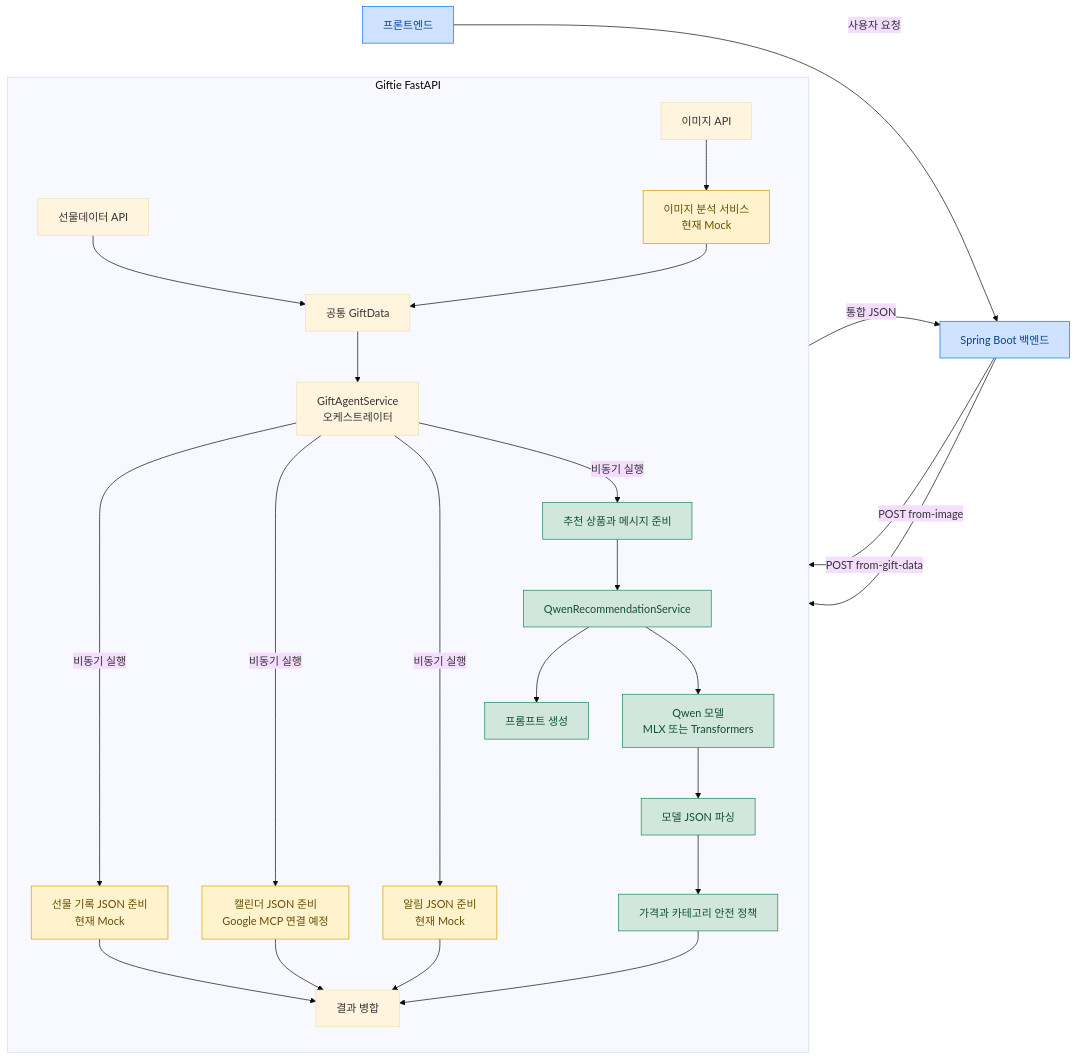
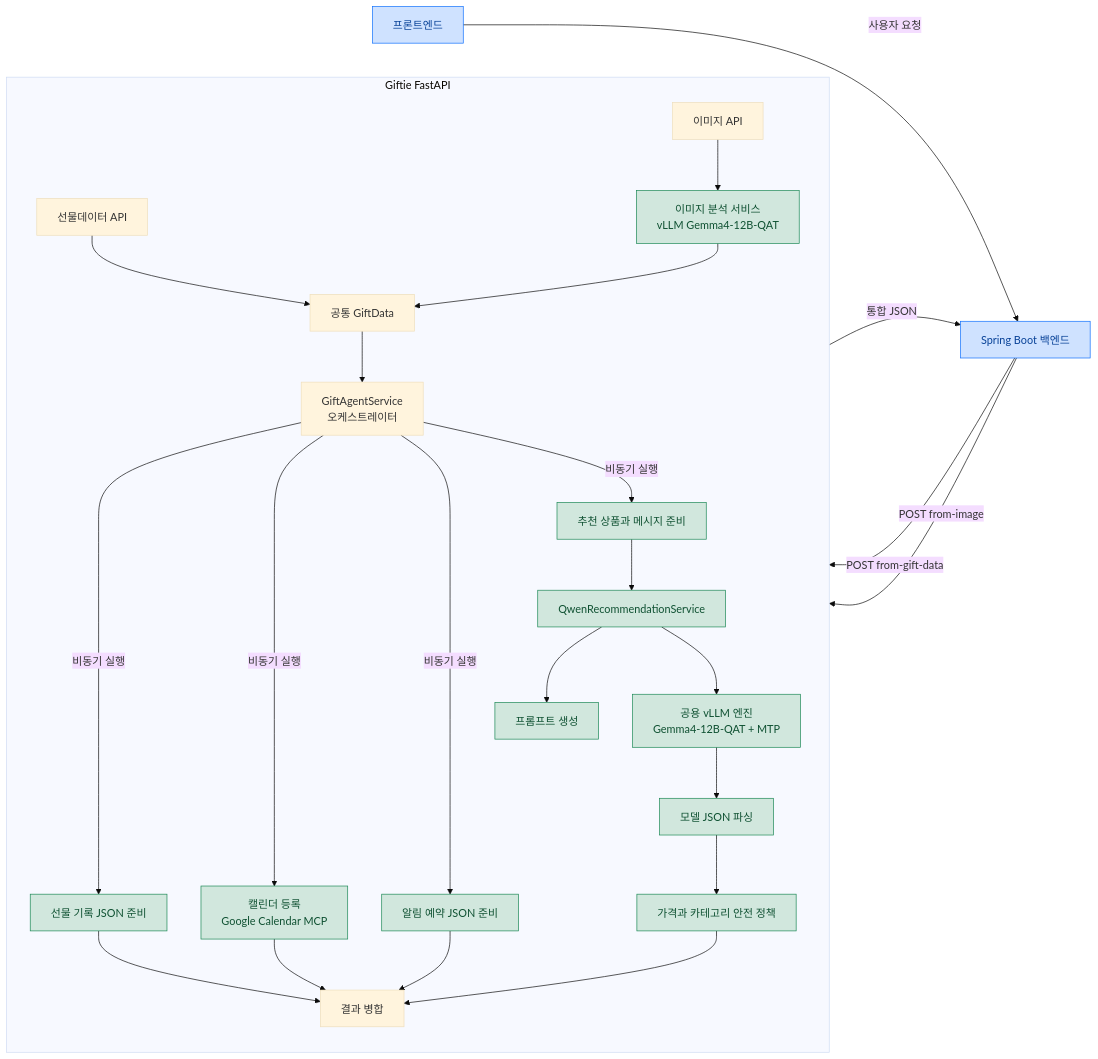
The diagram in README.md (KTB-AI-Hackerton-19/AI-Service), drawn with Mermaid (base theme) before and after one commit. The commit also changed other lines of this file and 27 other files, not shown here.

First line of the commit message:
feat: 이미지 분석·선물 기록·캘린더·알림 4개 담당 작업 구현

````diff
--- a/README.md
+++ b/README.md
@@ -25,43 +37,43 @@
 ```mermaid
 flowchart LR
     Client[프론트엔드] -->|사용자 요청| Backend[Spring Boot 백엔드]
 
     Backend -->|POST from-gift-data| GiftAPI[선물데이터 API]
     Backend -->|POST from-image| ImageAPI[이미지 API]
 
     subgraph Giftie[Giftie FastAPI]
         direction TB
 
         GiftAPI --> CommonData[공통 GiftData]
-        ImageAPI --> ImageAnalyzer[이미지 분석 서비스<br/>현재 Mock]
+        ImageAPI --> ImageAnalyzer[이미지 분석 서비스<br/>vLLM Gemma4-12B-QAT]
         ImageAnalyzer --> CommonData
 
         CommonData --> Orchestrator[GiftAgentService<br/>오케스트레이터]
 
-        Orchestrator -->|비동기 실행| GiftTask[선물 기록 JSON 준비<br/>현재 Mock]
-        Orchestrator -->|비동기 실행| CalendarTask[캘린더 JSON 준비<br/>Google MCP 연결 예정]
-        Orchestrator -->|비동기 실행| NotificationTask[알림 JSON 준비<br/>현재 Mock]
+        Orchestrator -->|비동기 실행| GiftTask[선물 기록 JSON 준비]
+        Orchestrator -->|비동기 실행| CalendarTask[캘린더 등록<br/>Google Calendar MCP]
+        Orchestrator -->|비동기 실행| NotificationTask[알림 예약 JSON 준비]
         Orchestrator -->|비동기 실행| RecommendationTask[추천 상품과 메시지 준비]
 
         RecommendationTask --> QwenService[QwenRecommendationService]
         QwenService --> Prompt[프롬프트 생성]
-        QwenService --> Model[Qwen 모델<br/>MLX 또는 Transformers]
+        QwenService --> Model[공용 vLLM 엔진<br/>Gemma4-12B-QAT + MTP]
         Model --> Parser[모델 JSON 파싱]
         Parser --> Policy[가격과 카테고리 안전 정책]
 
         GiftTask --> Merger[결과 병합]
         CalendarTask --> Merger
         NotificationTask --> Merger
         Policy --> Merger
     end
 
     Merger -->|통합 JSON| Backend
 
     classDef mock fill:#fff3cd,stroke:#d39e00,color:#664d03;
     classDef actual fill:#d1e7dd,stroke:#198754,color:#0f5132;
     classDef external fill:#cfe2ff,stroke:#0d6efd,color:#084298;
 
-    class ImageAnalyzer,GiftTask,CalendarTask,NotificationTask mock;
     class RecommendationTask,QwenService,Prompt,Model,Parser,Policy actual;
+    class ImageAnalyzer,GiftTask,CalendarTask,NotificationTask actual;
     class Client,Backend external;
 ```
````
